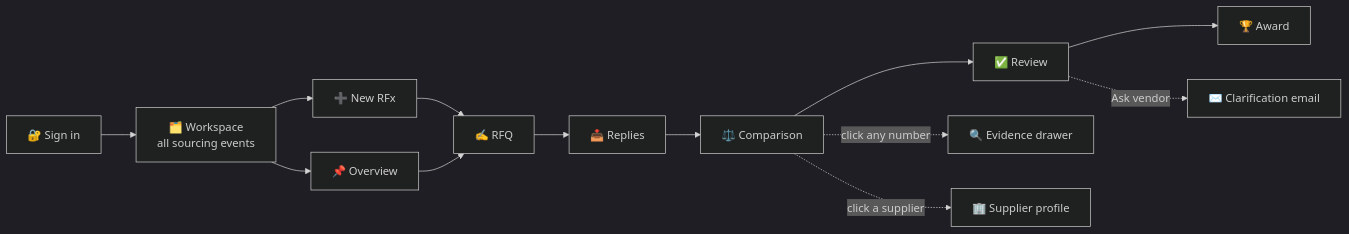
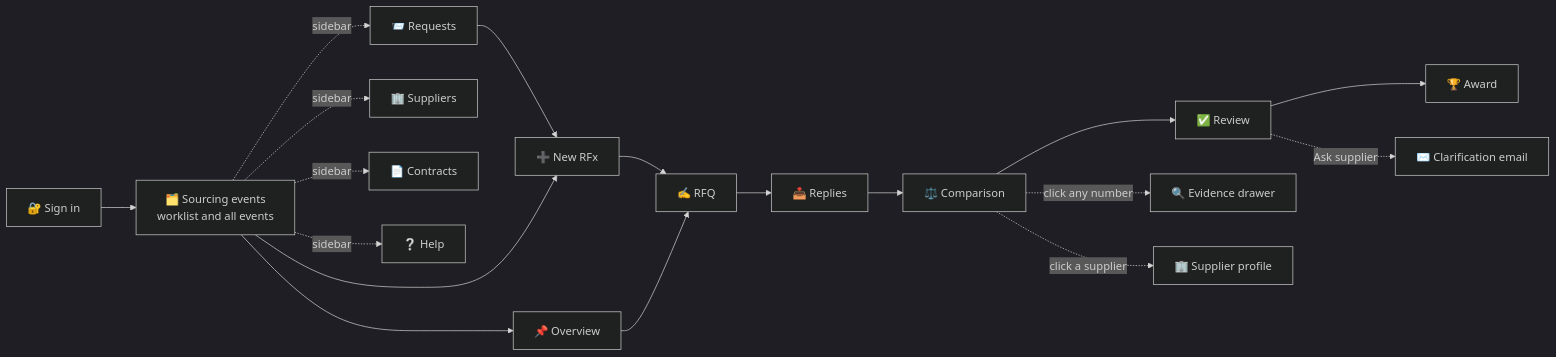
Before and after one commit to pavan-vepada/ProcureMind: the diagram in docs/04-screen-designs.md, drawn with Mermaid (dark theme). The commit also changed other lines of this file and 68 other files, not shown here.

````diff
--- a/docs/04-screen-designs.md
+++ b/docs/04-screen-designs.md
@@ -20,11 +22,16 @@
 ```mermaid
 flowchart LR
-  L["🔐 Sign in"] --> W["🗂️ Workspace<br/>all sourcing events"]
+  L["🔐 Sign in"] --> W["🗂️ Sourcing events<br/>worklist and all events"]
+  W -. sidebar .-> Q["📨 Requests"]
+  W -. sidebar .-> SU["🏢 Suppliers"]
+  W -. sidebar .-> CO["📄 Contracts"]
+  W -. sidebar .-> H["❔ Help"]
+  Q --> N
   W --> N["➕ New RFx"]
   W --> O["📌 Overview"]
   N --> R
   O --> R["✍️ RFQ"] --> P["📥 Replies"] --> C["⚖️ Comparison"] --> V["✅ Review"] --> A["🏆 Award"]
   C -. click any number .-> D["🔍 Evidence drawer"]
-  V -. Ask vendor .-> E["✉️ Clarification email"]
+  V -. Ask supplier .-> E["✉️ Clarification email"]
   C -. click a supplier .-> S["🏢 Supplier profile"]
 ```
````
